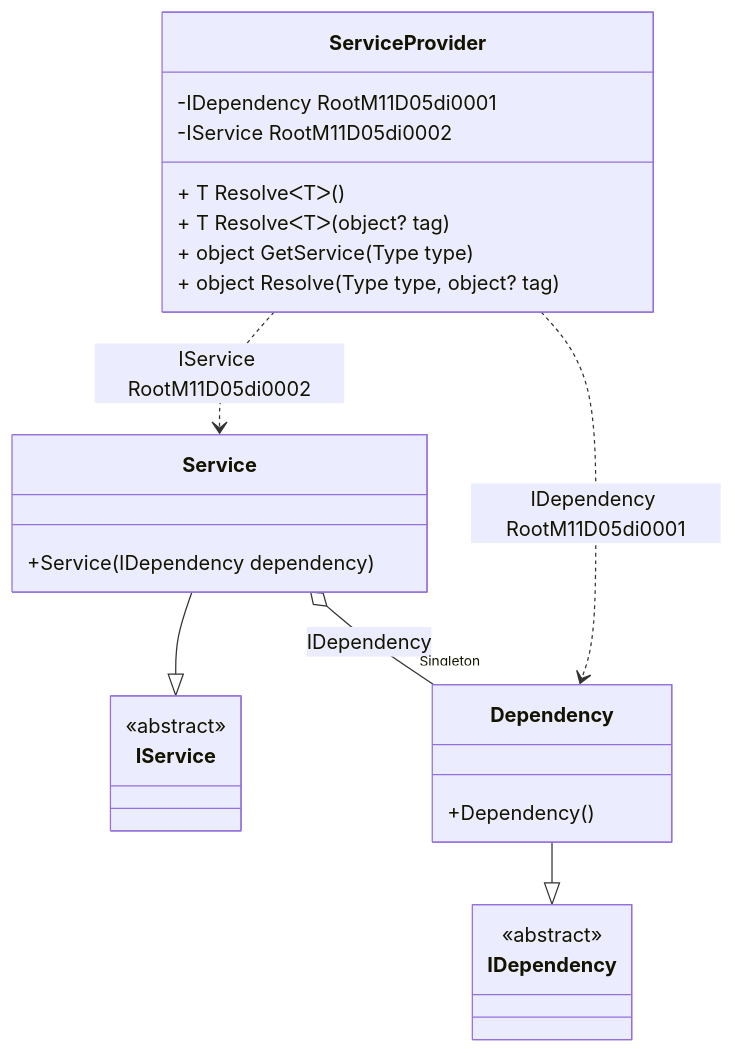
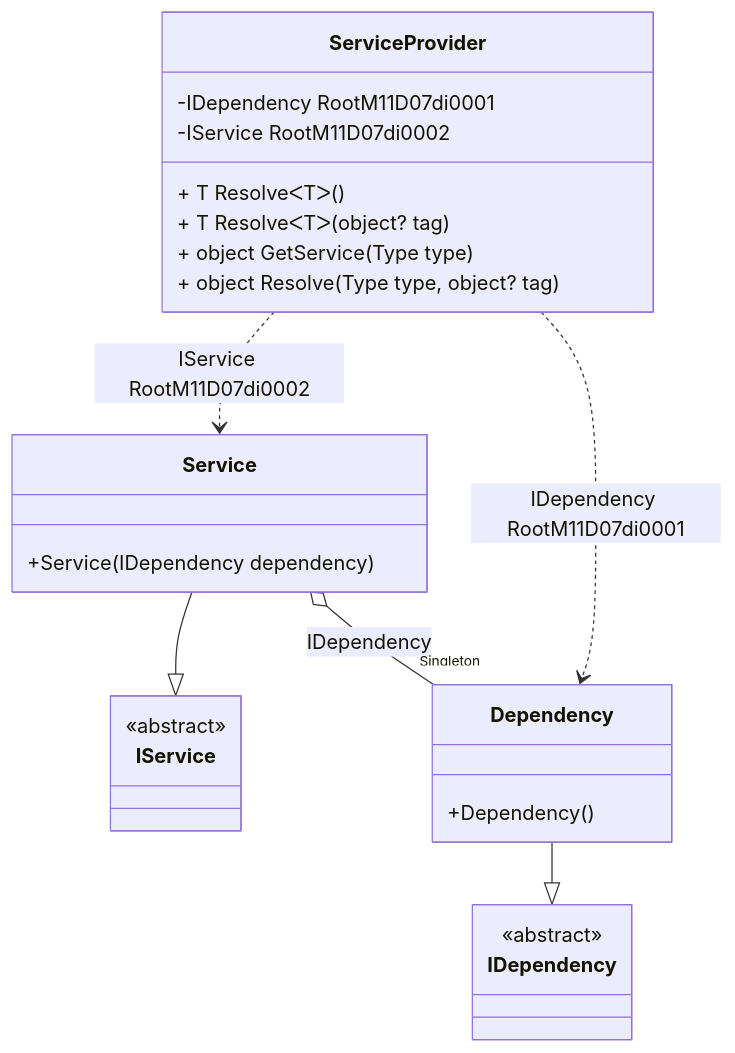
Before and after one commit to DevTeam/Pure.DI: the diagram in readme/service-provider.md, drawn with Mermaid. The commit also changed other lines of this file and 102 other files, not shown here.

````diff
--- a/readme/service-provider.md
+++ b/readme/service-provider.md
@@ -49,28 +49,28 @@
 ```mermaid
 classDiagram
   class ServiceProvider {
-    -IDependency RootM11D05di0001
-    -IService RootM11D05di0002
+    -IDependency RootM11D07di0001
+    -IService RootM11D07di0002
     + T ResolveᐸTᐳ()
     + T ResolveᐸTᐳ(object? tag)
     + object GetService(Type type)
     + object Resolve(Type type, object? tag)
   }
   Service --|> IService : 
   class Service {
     +Service(IDependency dependency)
   }
   Dependency --|> IDependency : 
   class Dependency {
     +Dependency()
   }
   class IService {
     <<abstract>>
   }
   class IDependency {
     <<abstract>>
   }
   Service o--  "Singleton" Dependency : IDependency
-  ServiceProvider ..> Dependency : IDependency RootM11D05di0001
-  ServiceProvider ..> Service : IService RootM11D05di0002
+  ServiceProvider ..> Dependency : IDependency RootM11D07di0001
+  ServiceProvider ..> Service : IService RootM11D07di0002
 ```
````
